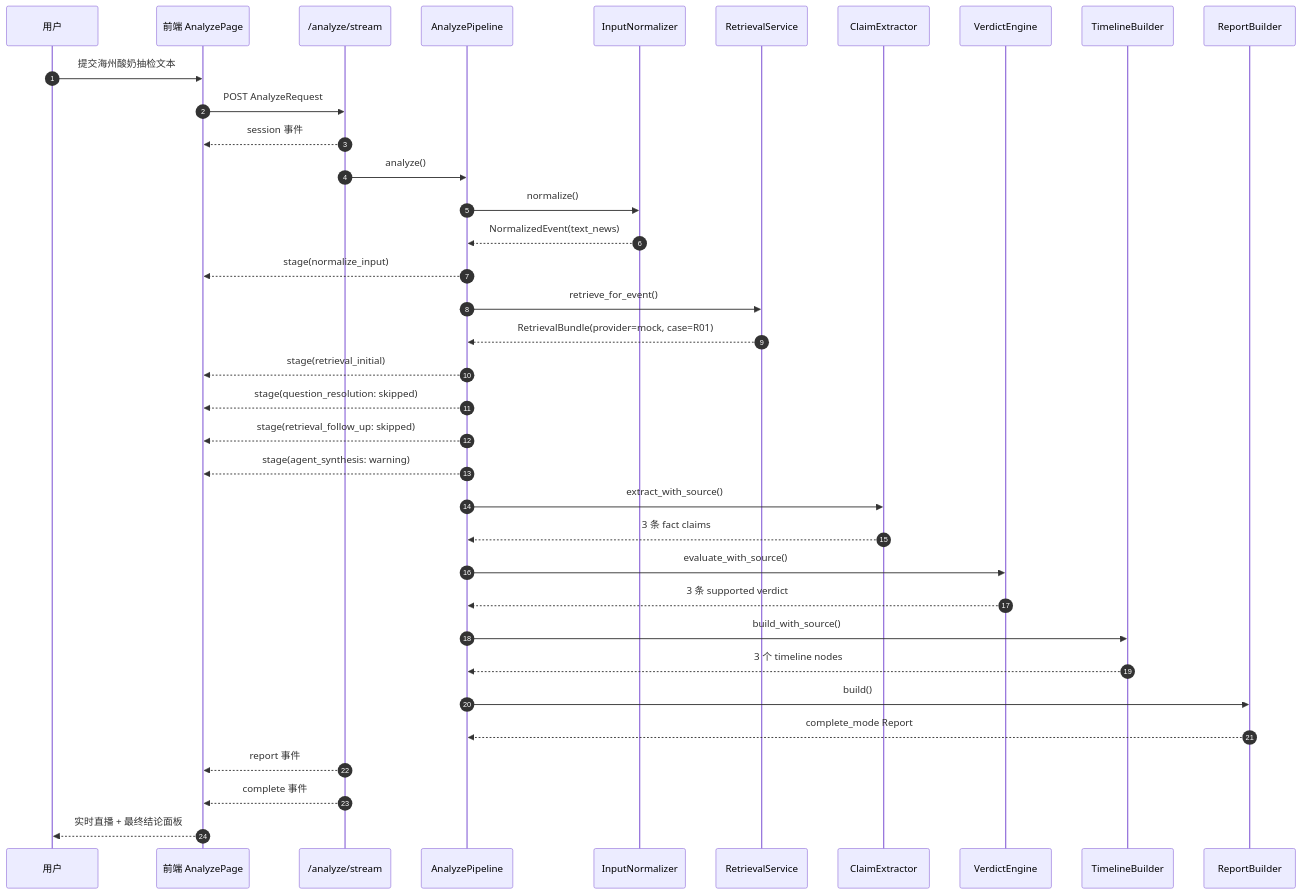
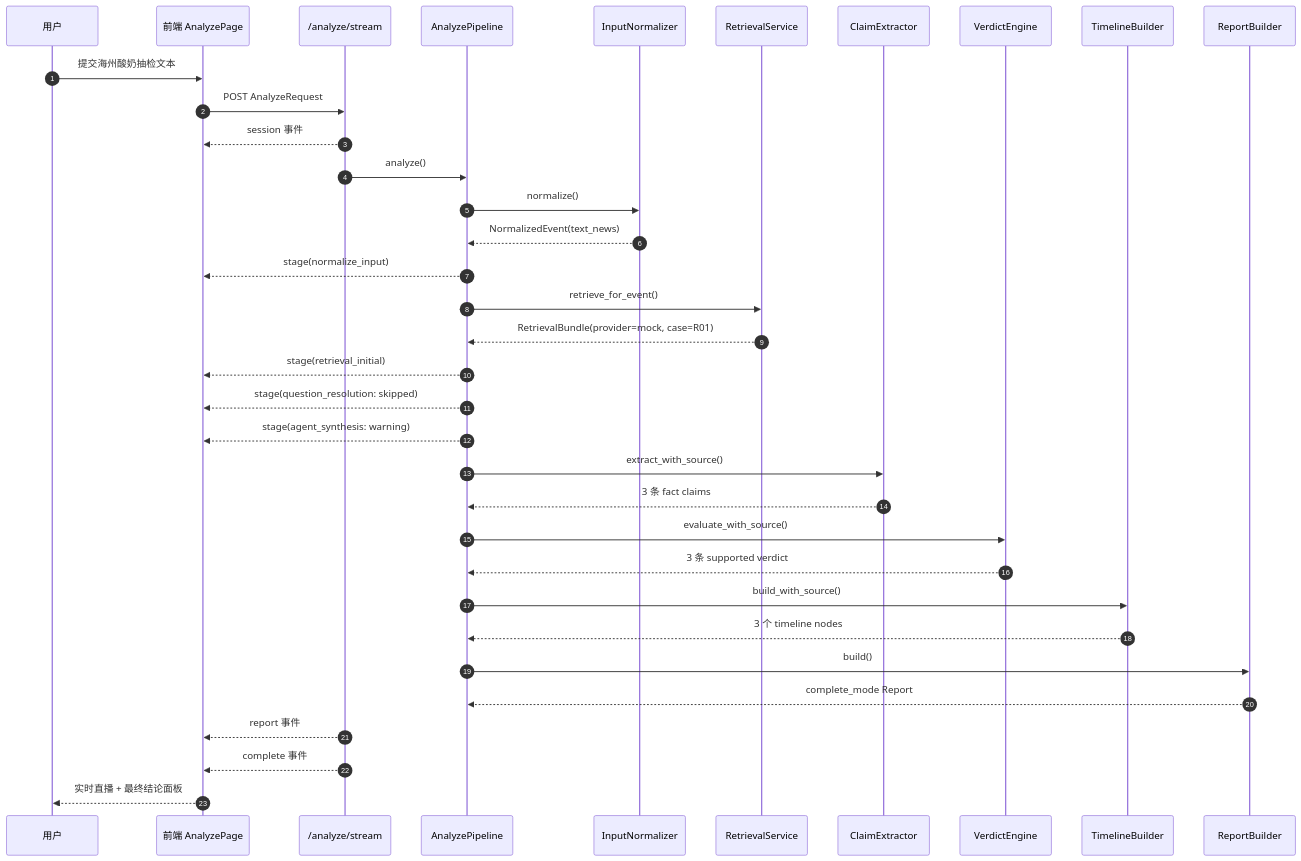
One commit to forwaryan/rumor-checking changed the second of 2 diagrams in docs/current-code-architecture-guide.md. Above: the diagram before and after it, drawn with Mermaid. The commit also changed other lines of this file and 8 other files, not shown here.

First line of the commit message:
docs: rewrite README + architecture guide with fresh figures

````diff
--- a/docs/current-code-architecture-guide.md
+++ b/docs/current-code-architecture-guide.md
@@ -609,44 +500,43 @@
 ```mermaid
 sequenceDiagram
     autonumber
     participant U as 用户
     participant FE as 前端 AnalyzePage
     participant API as /analyze/stream
     participant PIPE as AnalyzePipeline
     participant N as InputNormalizer
     participant R as RetrievalService
     participant C as ClaimExtractor
     participant V as VerdictEngine
     participant T as TimelineBuilder
     participant B as ReportBuilder
 
     U->>FE: 提交海州酸奶抽检文本
     FE->>API: POST AnalyzeRequest
     API-->>FE: session 事件
 
     API->>PIPE: analyze()
     PIPE->>N: normalize()
     N-->>PIPE: NormalizedEvent(text_news)
     PIPE-->>FE: stage(normalize_input)
 
     PIPE->>R: retrieve_for_event()
     R-->>PIPE: RetrievalBundle(provider=mock, case=R01)
     PIPE-->>FE: stage(retrieval_initial)
 
     PIPE-->>FE: stage(question_resolution: skipped)
-    PIPE-->>FE: stage(retrieval_follow_up: skipped)
     PIPE-->>FE: stage(agent_synthesis: warning)
 
     PIPE->>C: extract_with_source()
     C-->>PIPE: 3 条 fact claims
     PIPE->>V: evaluate_with_source()
     V-->>PIPE: 3 条 supported verdict
     PIPE->>T: build_with_source()
     T-->>PIPE: 3 个 timeline nodes
 
     PIPE->>B: build()
     B-->>PIPE: complete_mode Report
     API-->>FE: report 事件
     API-->>FE: complete 事件
     FE-->>U: 实时直播 + 最终结论面板
 ```
````
